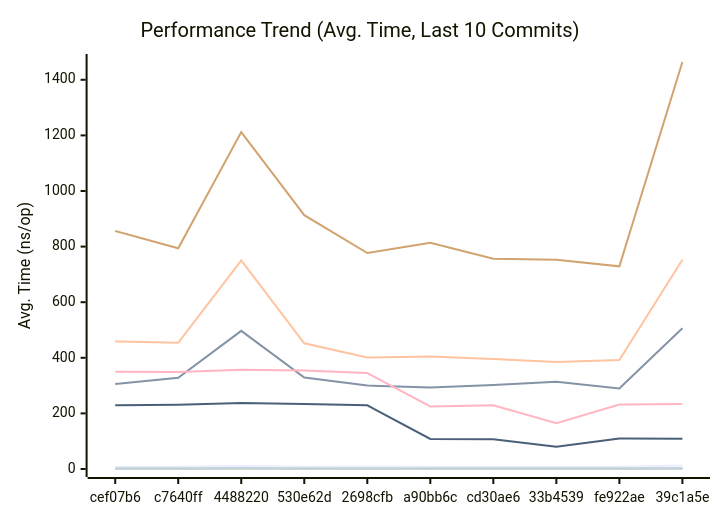
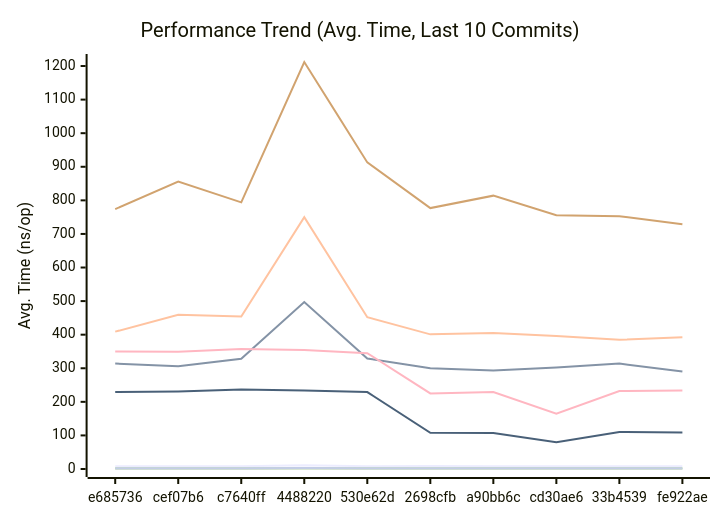
The first of 3 diagrams in docs/PERFORMANCE.md (alsotoes/momo), drawn with Mermaid before and after one commit. The commit also changed other lines of this file and 2 other files, not shown here.

````diff
--- a/docs/PERFORMANCE.md
+++ b/docs/PERFORMANCE.md
@@ -80,16 +80,16 @@
 ```mermaid
 xychart-beta
     title "Performance Trend (Avg. Time, Last 10 Commits)"
     x-axis "Commit"
     y-axis "Avg. Time (ns/op)"
-    x-axis [cef07b6,c7640ff,4488220,530e62d,2698cfb,a90bb6c,cd30ae6,33b4539,fe922ae,39c1a5e]
-    line "CheckMetricsAndSwap" [8,8,11,8,9,8,8,8,8,13]
-    line "CrushOptimized" [306,328,497,329,300,293,302,314,290,506]
-    line "CrushOriginal" [459,454,750,452,401,405,396,385,392,753]
-    line "IndexDirectTracking" [0,0,1,0,0,0,0,0,0,1]
+    x-axis [e685736,cef07b6,c7640ff,4488220,530e62d,2698cfb,a90bb6c,cd30ae6,33b4539,fe922ae]
+    line "CheckMetricsAndSwap" [8,8,8,11,8,9,8,8,8,8]
+    line "CrushOptimized" [314,306,328,497,329,300,293,302,314,290]
+    line "CrushOriginal" [409,459,454,750,452,401,405,396,385,392]
+    line "IndexDirectTracking" [0,0,0,1,0,0,0,0,0,0]
     line "IndexSearch" [2,2,2,2,2,2,2,2,2,2]
-    line "LoadGlobalConfig" [856,794,1212,913,777,814,756,753,729,1464]
-    line "PadString" [2,2,3,2,2,2,2,2,2,3]
+    line "LoadGlobalConfig" [774,856,794,1212,913,777,814,756,753,729]
+    line "PadString" [2,2,2,3,2,2,2,2,2,2]
     line "ParseReplicationOrder_NoPrealloc" [350,349,357,354,345,225,229,165,232,234]
     line "ParseReplicationOrder_Prealloc" [229,231,237,234,229,108,107,80,110,109]
 ```
````
